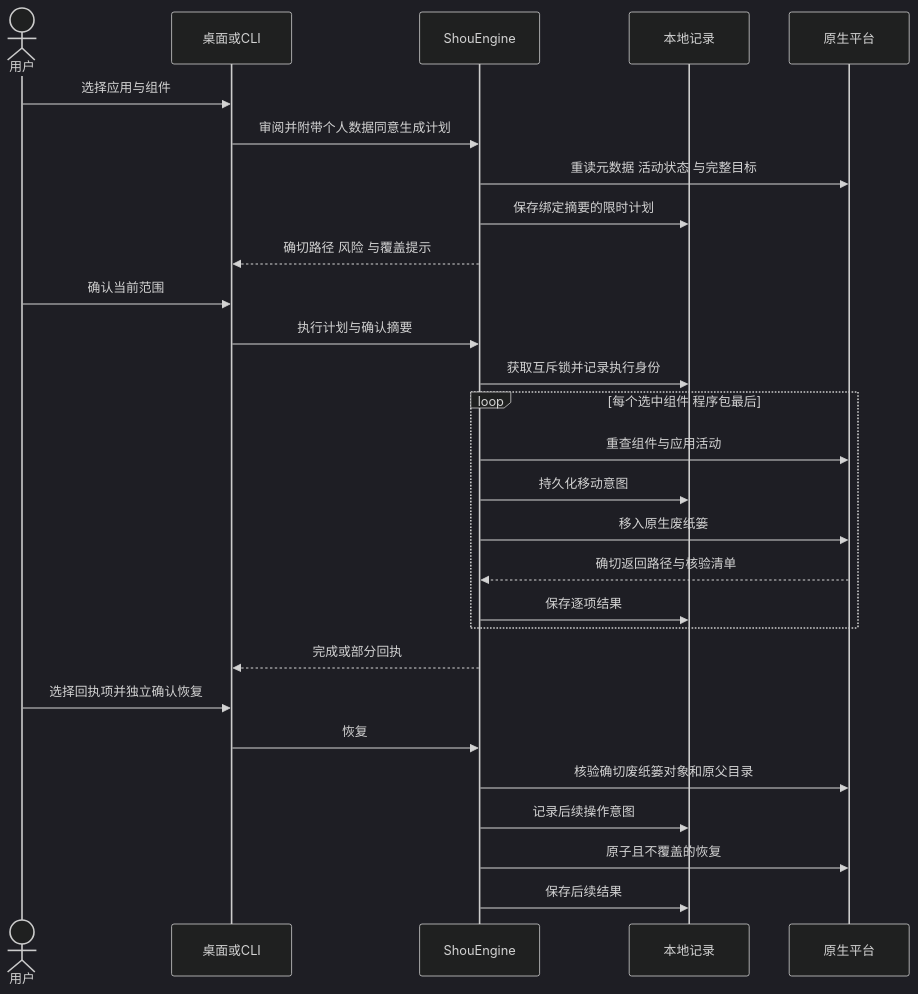
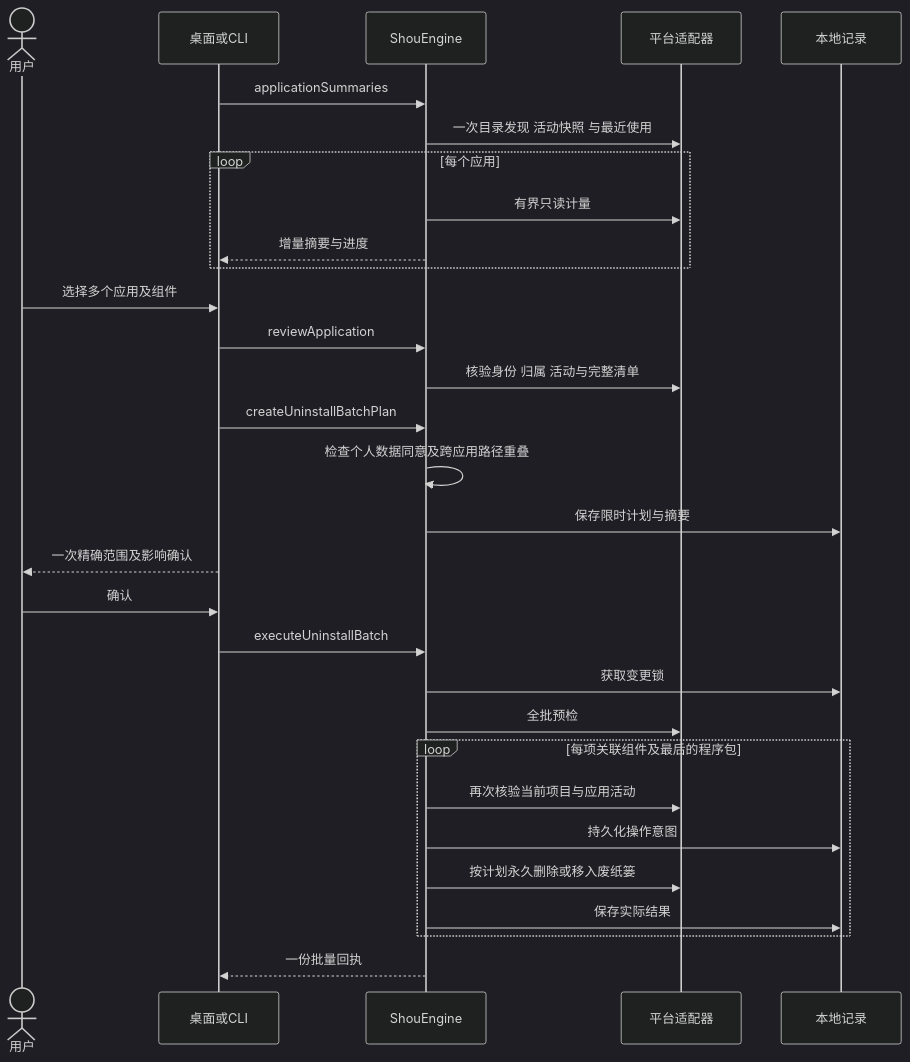
One commit to limecloud/shou changed the third of 3 diagrams in docs/zh-CN/product/application-uninstall.md. Above: the diagram before and after it, drawn with Mermaid (dark theme). The commit also changed other lines of this file and 117 other files, not shown here.

````diff
--- a/docs/zh-CN/product/application-uninstall.md
+++ b/docs/zh-CN/product/application-uninstall.md
@@ -92,30 +83,32 @@
 ```mermaid
 sequenceDiagram
-    actor User as 用户
-    participant Entry as 桌面或CLI
-    participant Core as ShouEngine
-    participant Store as 本地记录
-    participant Mac as 原生平台
-    User->>Entry: 选择应用与组件
-    Entry->>Core: 审阅并附带个人数据同意生成计划
-    Core->>Mac: 重读元数据 活动状态 与完整目标
-    Core->>Store: 保存绑定摘要的限时计划
-    Core-->>Entry: 确切路径 风险 与覆盖提示
-    User->>Entry: 确认当前范围
-    Entry->>Core: 执行计划与确认摘要
-    Core->>Store: 获取互斥锁并记录执行身份
-    loop 每个选中组件 程序包最后
-        Core->>Mac: 重查组件与应用活动
-        Core->>Store: 持久化移动意图
-        Core->>Mac: 移入原生废纸篓
-        Mac-->>Core: 确切返回路径与核验清单
-        Core->>Store: 保存逐项结果
-    end
-    Core-->>Entry: 完成或部分回执
-    User->>Entry: 选择回执项并独立确认恢复
-    Entry->>Core: 恢复
-    Core->>Mac: 核验确切废纸篓对象和原父目录
-    Core->>Store: 记录后续操作意图
-    Core->>Mac: 原子且不覆盖的恢复
-    Core->>Store: 保存后续结果
+  actor User as 用户
+  participant UI as 桌面或CLI
+  participant Core as ShouEngine
+  participant Mac as 平台适配器
+  participant Store as 本地记录
+  UI->>Core: applicationSummaries
+  Core->>Mac: 一次目录发现 活动快照 与最近使用
+  loop 每个应用
+    Core->>Mac: 有界只读计量
+    Core-->>UI: 增量摘要与进度
+  end
+  User->>UI: 选择多个应用及组件
+  UI->>Core: reviewApplication
+  Core->>Mac: 核验身份 归属 活动与完整清单
+  UI->>Core: createUninstallBatchPlan
+  Core->>Core: 检查个人数据同意及跨应用路径重叠
+  Core->>Store: 保存限时计划与摘要
+  UI-->>User: 一次精确范围及影响确认
+  User->>UI: 确认
+  UI->>Core: executeUninstallBatch
+  Core->>Store: 获取变更锁
+  Core->>Mac: 全批预检
+  loop 每项关联组件及最后的程序包
+    Core->>Mac: 再次核验当前项目与应用活动
+    Core->>Store: 持久化操作意图
+    Core->>Mac: 按计划永久删除或移入废纸篓
+    Core->>Store: 保存实际结果
+  end
+  Core-->>UI: 一份批量回执
 ```
````
